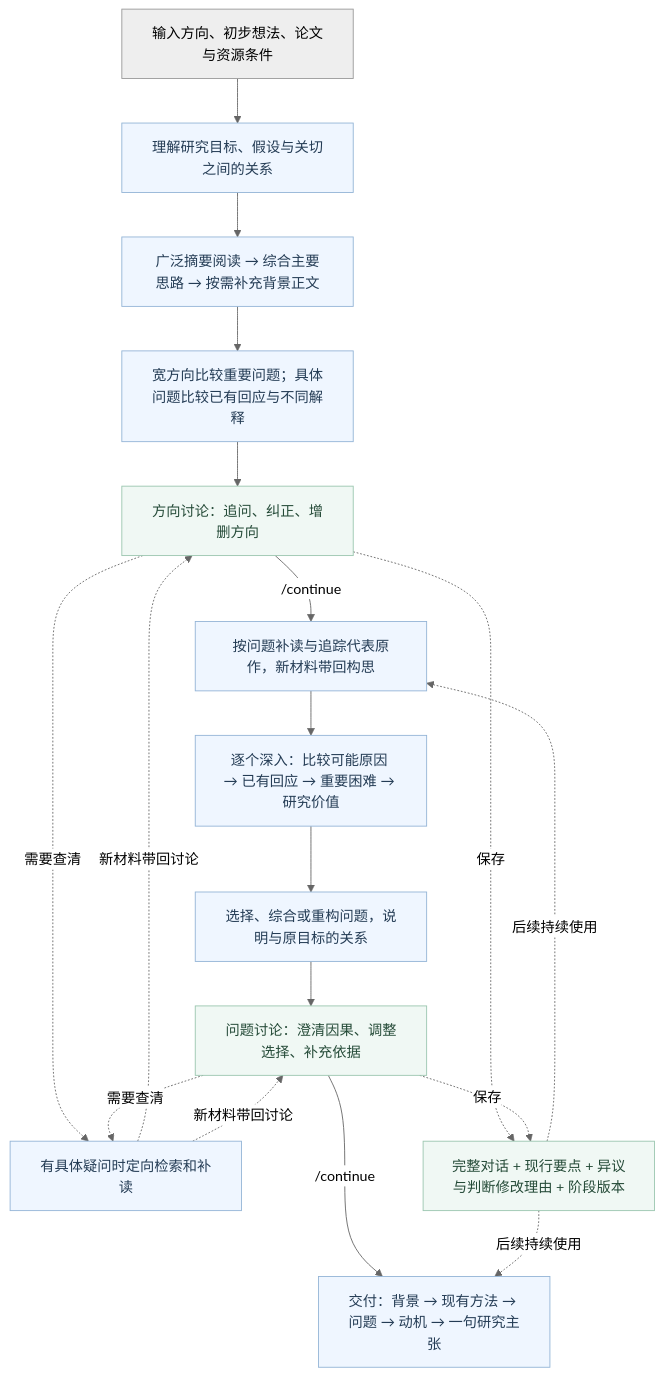
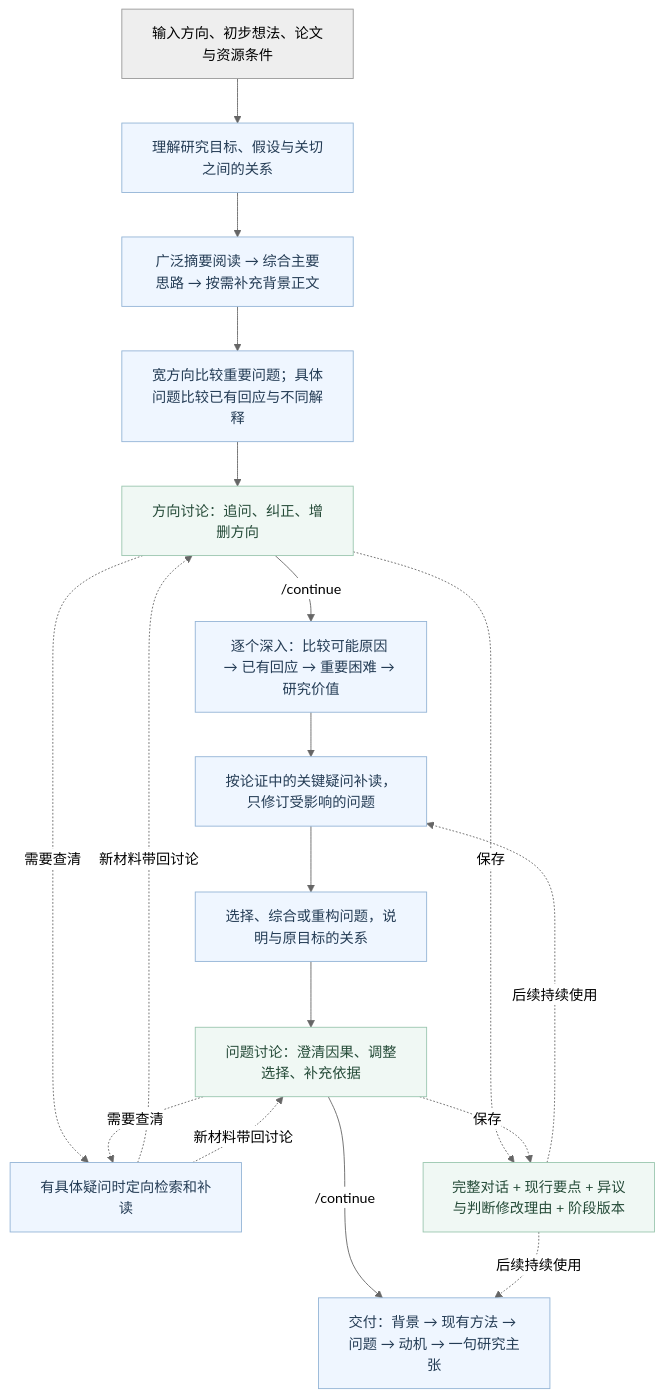
The diagram in README.zh-CN.md (ghh1125/Research-idea), drawn with Mermaid (neutral theme) before and after one commit. The commit also changed other lines of this file and 25 other files, not shown here.

````diff
--- a/README.zh-CN.md
+++ b/README.zh-CN.md
@@ -29,31 +29,31 @@
 ```mermaid
 flowchart TD
     U["输入方向、初步想法、论文与资源条件"]
     A["广泛摘要阅读 → 综合主要思路 → 按需补充背景正文"]
     B["宽方向比较重要问题；具体问题比较已有回应与不同解释"]
     D["方向讨论：追问、纠正、增删方向"]
-    C["按问题补读与追踪代表原作，新材料带回构思"]
+    C["按论证中的关键疑问补读，只修订受影响的问题"]
     X["逐个深入：比较可能原因 → 已有回应 → 重要困难 → 研究价值"]
     E["选择、综合或重构问题，说明与原目标的关系"]
     P["问题讨论：澄清因果、调整选择、补充依据"]
     R["有具体疑问时定向检索和补读"]
     O["交付：背景 → 现有方法 → 问题 → 动机 → 一句研究主张"]
     M["完整对话 + 现行要点 + 异议与判断修改理由 + 阶段版本"]
     I["理解研究目标、假设与关切之间的关系"]
     U --> I --> A --> B --> D
-    D -->|/continue| C
-    C --> X --> E --> P
+    D -->|/continue| X
+    X --> C --> E --> P
     P -->|/continue| O
     D -.需要查清.-> R
     P -.需要查清.-> R
     R -.新材料带回讨论.-> D
     R -.新材料带回讨论.-> P
     D -.保存.-> M
     P -.保存.-> M
     M -.后续持续使用.-> C
     M -.后续持续使用.-> O
     classDef work fill:#eff6ff,stroke:#93b4d6,color:#243c55
     classDef discuss fill:#f0f8f4,stroke:#9ac6af,color:#254b38
     class I,A,B,C,X,E,R,O work
     class D,P,M discuss
 ```
````
